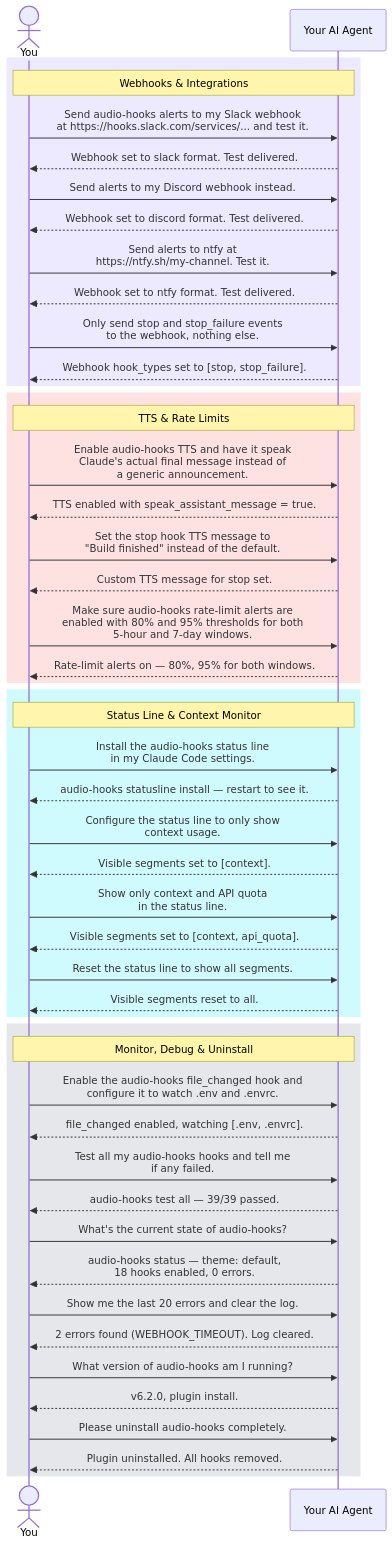
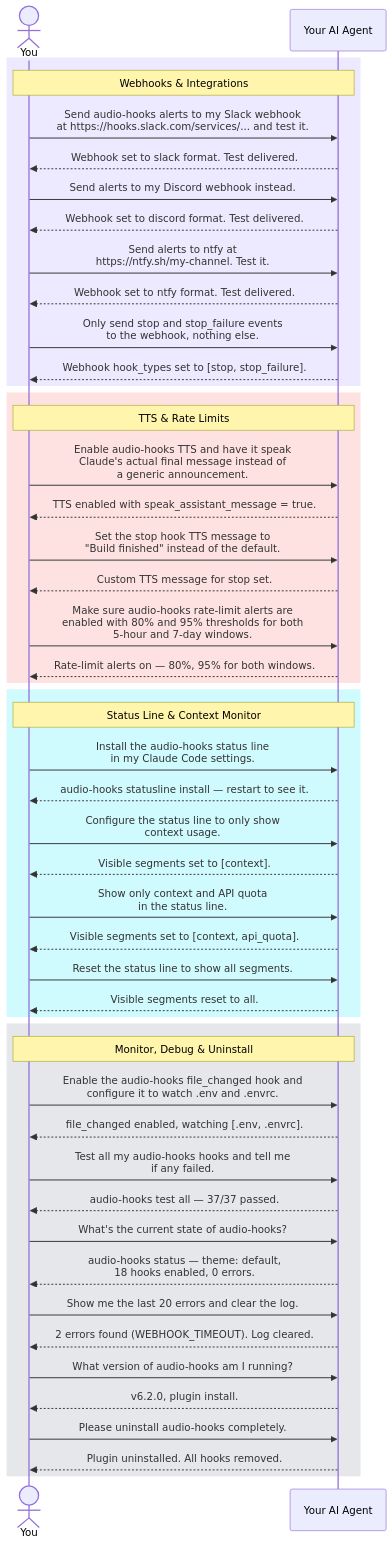
Before and after one commit to ChanMeng666/claude-code-audio-hooks: the second of 2 diagrams in docs/NATURAL_LANGUAGE_CONTROL.md, drawn with Mermaid. The commit also changed 229 other files, not shown here.

````diff
--- a/docs/NATURAL_LANGUAGE_CONTROL.md
+++ b/docs/NATURAL_LANGUAGE_CONTROL.md
@@ -53,55 +53,55 @@
 ```mermaid
 sequenceDiagram
     actor You as You
     participant CC as Your AI Agent
 
     rect rgb(237, 233, 254)
     Note over You,CC: Webhooks & Integrations
     You->>CC: Send audio-hooks alerts to my Slack webhook<br/>at https://hooks.slack.com/services/... and test it.
     CC-->>You: Webhook set to slack format. Test delivered.
     You->>CC: Send alerts to my Discord webhook instead.
     CC-->>You: Webhook set to discord format. Test delivered.
     You->>CC: Send alerts to ntfy at<br/>https://ntfy.sh/my-channel. Test it.
     CC-->>You: Webhook set to ntfy format. Test delivered.
     You->>CC: Only send stop and stop_failure events<br/>to the webhook, nothing else.
     CC-->>You: Webhook hook_types set to [stop, stop_failure].
     end
 
     rect rgb(254, 226, 226)
     Note over You,CC: TTS & Rate Limits
     You->>CC: Enable audio-hooks TTS and have it speak<br/>Claude's actual final message instead of<br/>a generic announcement.
     CC-->>You: TTS enabled with speak_assistant_message = true.
     You->>CC: Set the stop hook TTS message to<br/>"Build finished" instead of the default.
     CC-->>You: Custom TTS message for stop set.
     You->>CC: Make sure audio-hooks rate-limit alerts are<br/>enabled with 80% and 95% thresholds for both<br/>5-hour and 7-day windows.
     CC-->>You: Rate-limit alerts on — 80%, 95% for both windows.
     end
 
     rect rgb(207, 250, 254)
     Note over You,CC: Status Line & Context Monitor
     You->>CC: Install the audio-hooks status line<br/>in my Claude Code settings.
     CC-->>You: audio-hooks statusline install — restart to see it.
     You->>CC: Configure the status line to only show<br/>context usage.
     CC-->>You: Visible segments set to [context].
     You->>CC: Show only context and API quota<br/>in the status line.
     CC-->>You: Visible segments set to [context, api_quota].
     You->>CC: Reset the status line to show all segments.
     CC-->>You: Visible segments reset to all.
     end
 
     rect rgb(229, 231, 235)
     Note over You,CC: Monitor, Debug & Uninstall
     You->>CC: Enable the audio-hooks file_changed hook and<br/>configure it to watch .env and .envrc.
     CC-->>You: file_changed enabled, watching [.env, .envrc].
     You->>CC: Test all my audio-hooks hooks and tell me<br/>if any failed.
-    CC-->>You: audio-hooks test all — 39/39 passed.
+    CC-->>You: audio-hooks test all — 37/37 passed.
     You->>CC: What's the current state of audio-hooks?
     CC-->>You: audio-hooks status — theme: default,<br/>18 hooks enabled, 0 errors.
     You->>CC: Show me the last 20 errors and clear the log.
     CC-->>You: 2 errors found (WEBHOOK_TIMEOUT). Log cleared.
     You->>CC: What version of audio-hooks am I running?
     CC-->>You: v6.2.0, plugin install.
     You->>CC: Please uninstall audio-hooks completely.
     CC-->>You: Plugin uninstalled. All hooks removed.
     end
 ```
````
